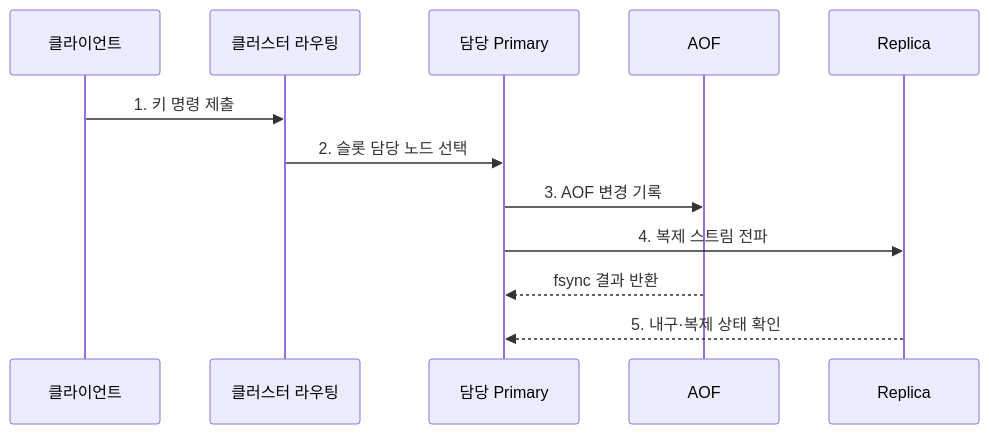
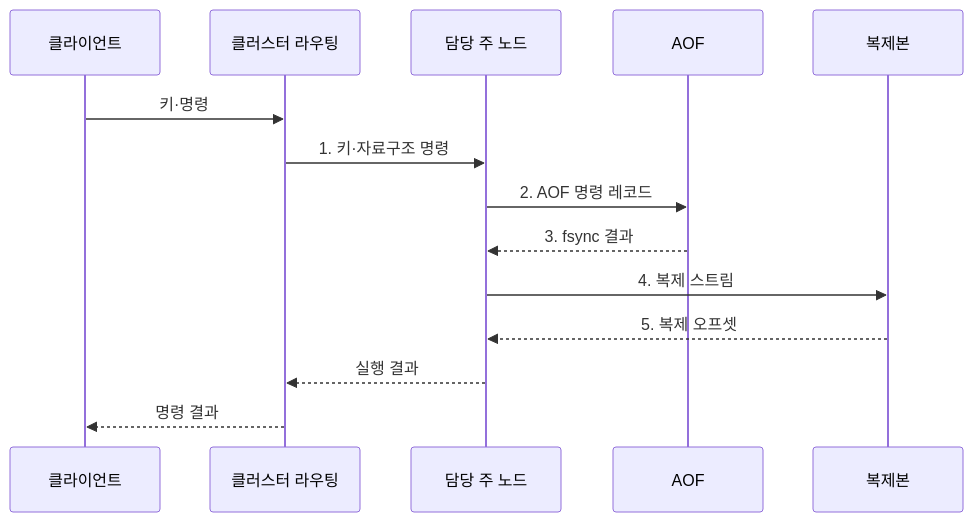
One commit to agnusdei1207/knowledge-base changed the second of 2 diagrams in src/content/docs/notes/03-software/107_redis_in_memory_database.md. Above: the diagram before and after it, drawn with Mermaid. The commit also changed other lines of this file and 20 other files, not shown here.

````diff
--- a/src/content/docs/notes/03-software/107_redis_in_memory_database.md
+++ b/src/content/docs/notes/03-software/107_redis_in_memory_database.md
@@ -80,14 +92,16 @@
 ```mermaid
 sequenceDiagram
     participant C as 클라이언트
     participant R as 클러스터 라우팅
-    participant P as 담당 Primary
+    participant P as 담당 주 노드
     participant A as AOF
-    participant S as Replica
-    C->>R: 1. 키 명령 제출
-    R->>P: 2. 슬롯 담당 노드 선택
-    P->>A: 3. AOF 변경 기록
-    P->>S: 4. 복제 스트림 전파
-    A-->>P: fsync 결과 반환
-    S-->>P: 5. 내구·복제 상태 확인
+    participant S as 복제본
+    C->>R: 키·명령
+    R->>P: 1. 키·자료구조 명령
+    P->>A: 2. AOF 명령 레코드
+    A-->>P: 3. fsync 결과
+    P->>S: 4. 복제 스트림
+    S-->>P: 5. 복제 오프셋
+    P-->>R: 실행 결과
+    R-->>C: 명령 결과
 ```
````
